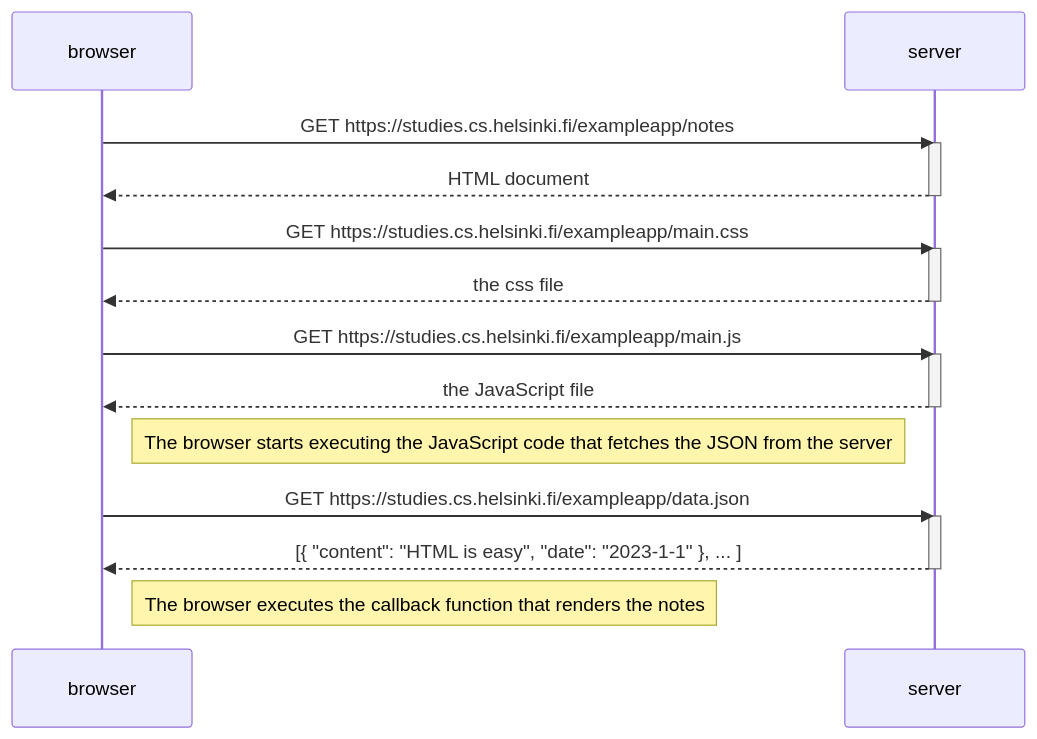
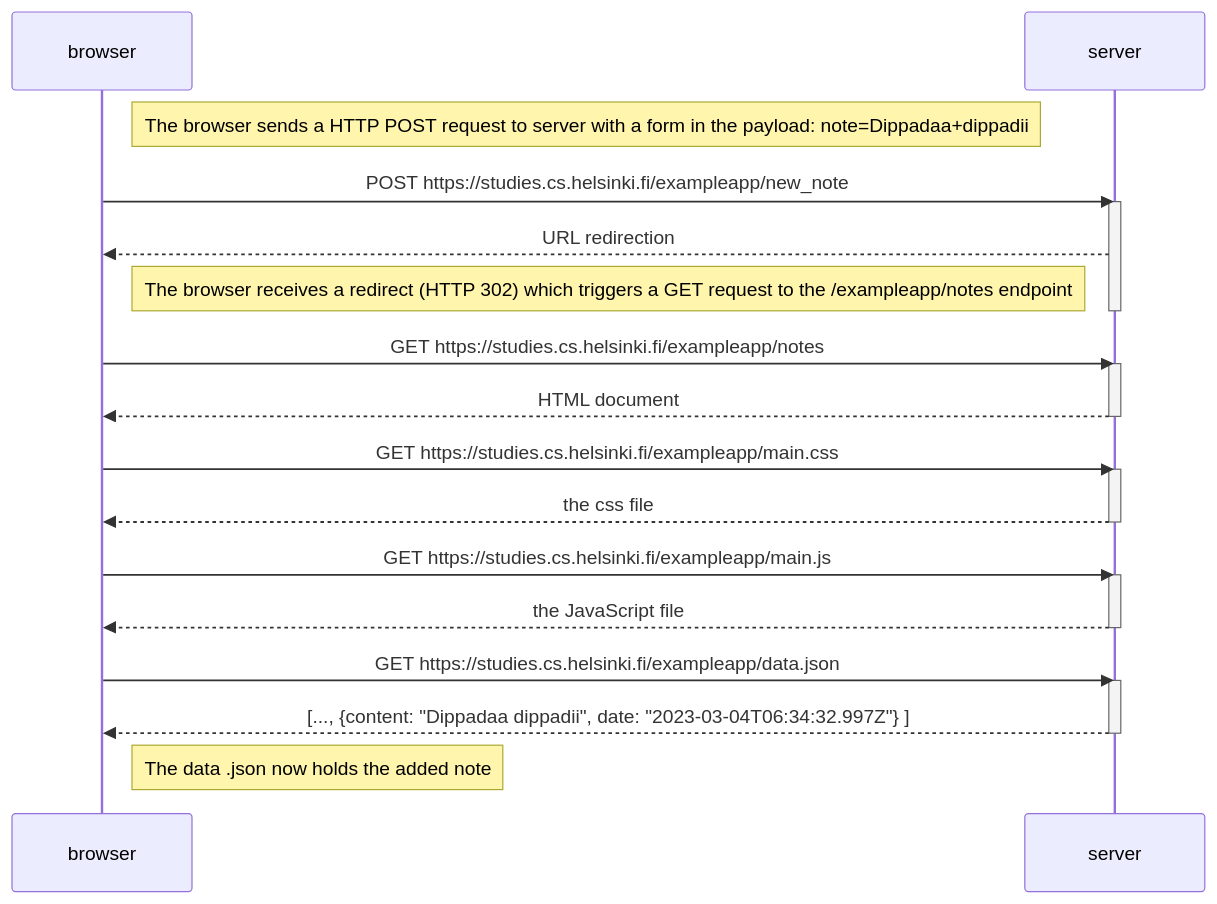
The diagram in osa_00/0.4-uusi-muistiinpano/muistiinpano.md (m1kkou/full-stack-open-2023), drawn with Mermaid before and after one commit.

Commit message:
Updated the muistiinpano.md file

````diff
--- a/osa_00/0.4-uusi-muistiinpano/muistiinpano.md
+++ b/osa_00/0.4-uusi-muistiinpano/muistiinpano.md
@@ -1,29 +1,37 @@
 ```mermaid
 sequenceDiagram;
     participant browser;
     participant server;
     
-    browser->>server: GET https://studies.cs.helsinki.fi/exampleapp/notes;
+    Note right of browser: The browser sends a HTTP POST request to server with a form in the payload: note=Dippadaa+dippadii;
+    
+    browser->>server: POST https://studies.cs.helsinki.fi/exampleapp/new_note;
     activate server;
-    server-->>browser: HTML document;
+    server-->>browser: URL redirection;
+    
+    Note right of browser: The browser receives a redirect (HTTP 302) which triggers a GET request to the /exampleapp/notes endpoint;
     deactivate server;
+
+    browser->>server: GET https://studies.cs.helsinki.fi/exampleapp/notes
+    activate server
+    server-->>browser: HTML document
+    deactivate server
     
     browser->>server: GET https://studies.cs.helsinki.fi/exampleapp/main.css;
     activate server;
     server-->>browser: the css file;
     deactivate server;
     
     browser->>server: GET https://studies.cs.helsinki.fi/exampleapp/main.js;
     activate server;
     server-->>browser: the JavaScript file;
     deactivate server;
     
-    Note right of browser: The browser starts executing the JavaScript code that fetches the JSON from the server;
-    
     browser->>server: GET https://studies.cs.helsinki.fi/exampleapp/data.json;
     activate server;
-    server-->>browser: [{ "content": "HTML is easy", "date": "2023-1-1" }, ... ];
+    server-->>browser: [..., {content: "Dippadaa dippadii", date: "2023-03-04T06:34:32.997Z"} ];
     deactivate server;
 
-    Note right of browser: The browser executes the callback function that renders the notes;
+    Note right of browser: The data .json now holds the added note
+
  ```
````
